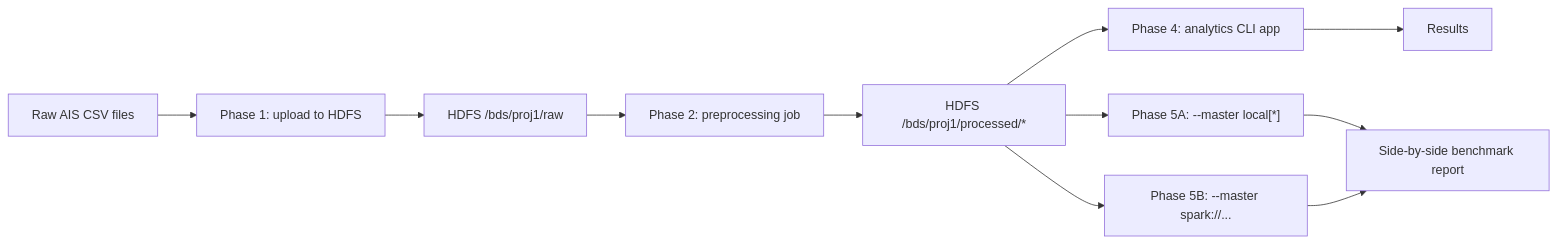
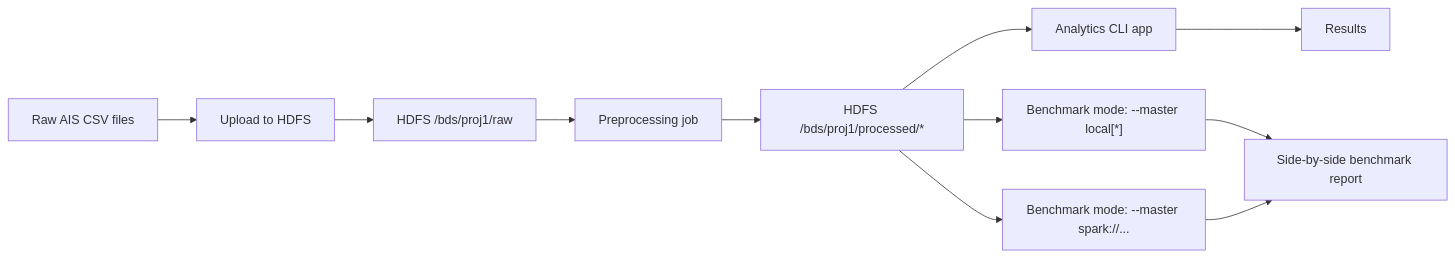
One commit to mikelandjelos/bds-proj-1 changed the diagram in docs/strategy.md. Above: the diagram before and after it, drawn with Mermaid. The commit also changed other lines of this file and 1 other file, not shown here.

Commit message:
README finalno

````diff
--- a/docs/strategy.md
+++ b/docs/strategy.md
@@ -33,13 +33,13 @@
 ```mermaid
 flowchart LR
-    RAWCSV["Raw AIS CSV files"] --> P1["Phase 1: upload to HDFS"]
-    P1 --> HDFSRAW["HDFS /bds/proj1/raw"]
-    HDFSRAW --> P2["Phase 2: preprocessing job"]
-    P2 --> HDFSPROC["HDFS /bds/proj1/processed/*"]
-    HDFSPROC --> P4["Phase 4: analytics CLI app"]
-    P4 --> OUT["Results"]
-    HDFSPROC --> P5A["Phase 5A: --master local[*]"]
-    HDFSPROC --> P5B["Phase 5B: --master spark://..."]
-    P5A --> CMP["Side-by-side benchmark report"]
-    P5B --> CMP
+    RAWCSV["Raw AIS CSV files"] --> UPLOAD["Upload to HDFS"]
+    UPLOAD --> HDFSRAW["HDFS /bds/proj1/raw"]
+    HDFSRAW --> PREP["Preprocessing job"]
+    PREP --> HDFSPROC["HDFS /bds/proj1/processed/*"]
+    HDFSPROC --> APP["Analytics CLI app"]
+    APP --> OUT["Results"]
+    HDFSPROC --> MLOCAL["Benchmark mode: --master local[*]"]
+    HDFSPROC --> MCLUSTER["Benchmark mode: --master spark://..."]
+    MLOCAL --> CMP["Side-by-side benchmark report"]
+    MCLUSTER --> CMP
 ```
````
